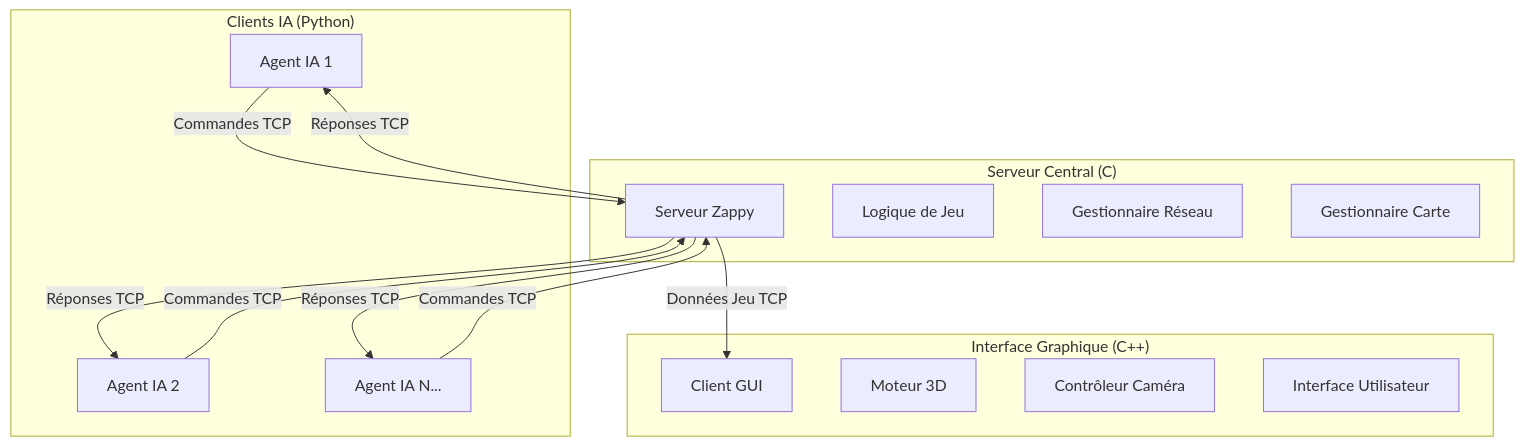
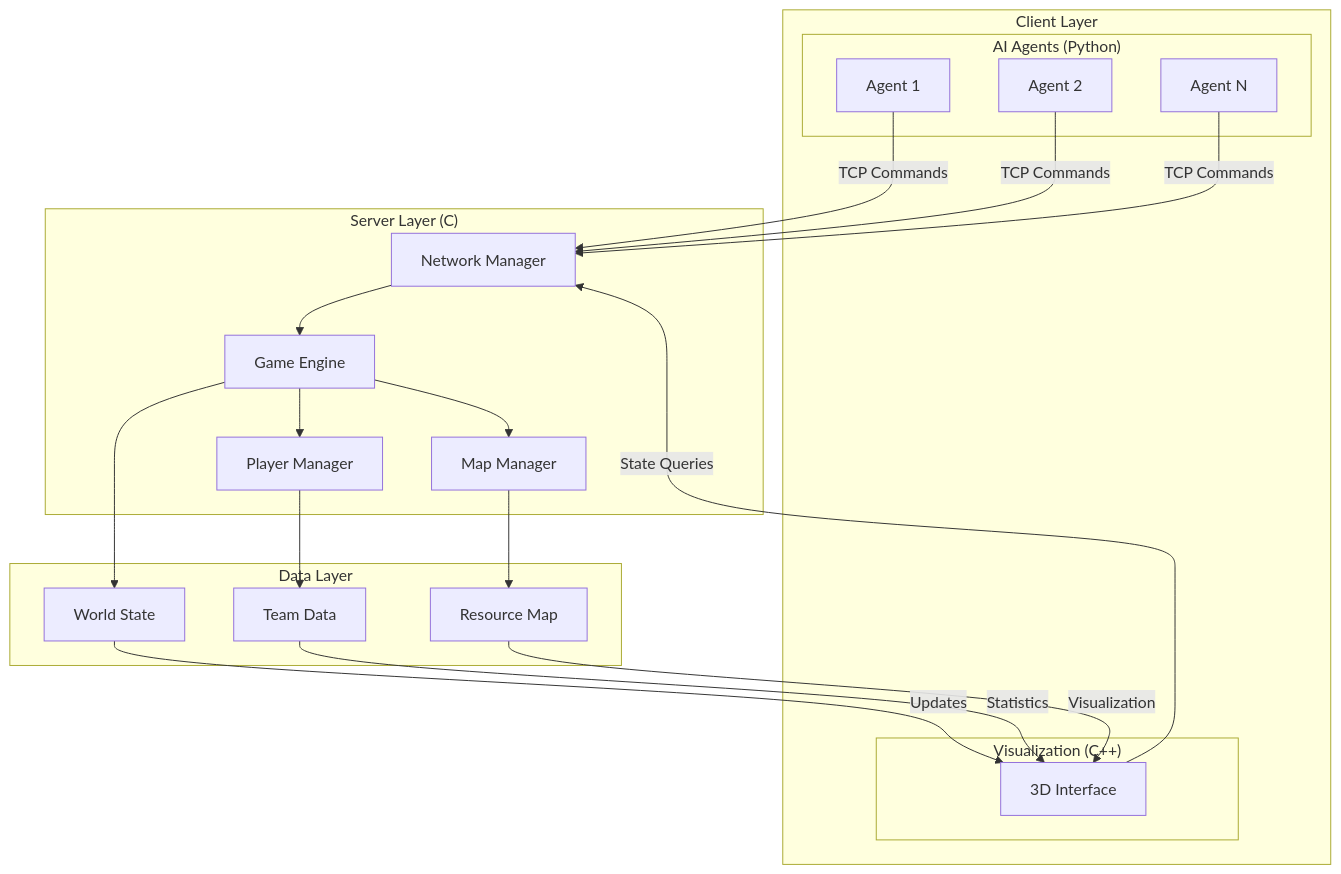
One commit to SamTess/Zappy changed the diagram in docs/docusaurus/docs/architecture.md. Above: the diagram before and after it, drawn with Mermaid. The commit also changed other lines of this file and 34 other files, not shown here.

````diff
--- a/docs/docusaurus/docs/architecture.md
+++ b/docs/docusaurus/docs/architecture.md
@@ -13,31 +13,37 @@
 ```mermaid
-graph TB
-    subgraph "Clients IA (Python)"
-        AI1[Agent IA 1]
-        AI2[Agent IA 2]
-        AI3[Agent IA N...]
+flowchart TB
+    subgraph "Client Layer"
+        subgraph "AI Agents (Python)"
+            AI1[Agent 1]
+            AI2[Agent 2]
+            AI3[Agent N]
+        end
+        subgraph "Visualization (C++)"
+            GUI[3D Interface]
+        end
     end
-    
-    subgraph "Serveur Central (C)"
-        Server[Serveur Zappy]
-        GameLogic[Logique de Jeu]
-        Network[Gestionnaire Réseau]
-        Map[Gestionnaire Carte]
+    subgraph "Server Layer (C)"
+        NET[Network Manager]
+        GAME[Game Engine]
+        MAP[Map Manager]
+        PLAYER[Player Manager]
     end
-    
-    subgraph "Interface Graphique (C++)"
-        GUI[Client GUI]
-        Renderer[Moteur 3D]
-        Camera[Contrôleur Caméra]
-        UI[Interface Utilisateur]
+    subgraph "Data Layer"
+        WORLD[World State]
+        TEAMS[Team Data]
+        RESOURCES[Resource Map]
     end
-    
-    AI1 -->|Commandes TCP| Server
-    AI2 -->|Commandes TCP| Server
-    AI3 -->|Commandes TCP| Server
-    
-    Server -->|Données Jeu TCP| GUI
-    Server -->|Réponses TCP| AI1
-    Server -->|Réponses TCP| AI2
-    Server -->|Réponses TCP| AI3
+    AI1 -->|TCP Commands| NET
+    AI2 -->|TCP Commands| NET
+    AI3 -->|TCP Commands| NET
+    GUI -->|State Queries| NET
+    NET --> GAME
+    GAME --> MAP
+    GAME --> PLAYER
+    GAME --> WORLD
+    PLAYER --> TEAMS
+    MAP --> RESOURCES
+    WORLD -->|Updates| GUI
+    TEAMS -->|Statistics| GUI
+    RESOURCES -->|Visualization| GUI
 ```
````
